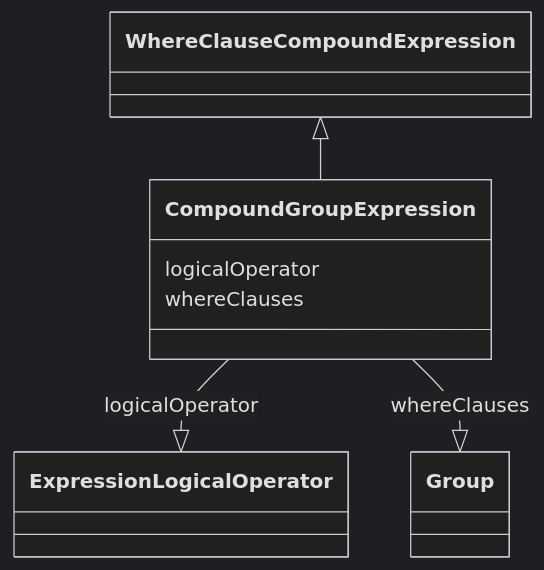
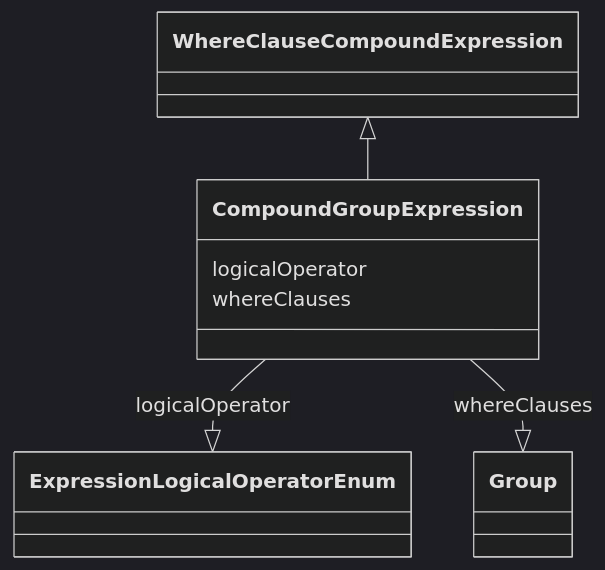
Before and after one commit to cdisc-org/analysis-results-standard: the diagram in project/docs/CompoundGroupExpression.md, drawn with Mermaid (dark theme). The commit also changed other lines of this file and 281 other files, not shown here.

````diff
--- a/project/docs/CompoundGroupExpression.md
+++ b/project/docs/CompoundGroupExpression.md
@@ -9,15 +9,15 @@
 ```mermaid
  classDiagram
     class CompoundGroupExpression
       WhereClauseCompoundExpression <|-- CompoundGroupExpression
       
       CompoundGroupExpression : logicalOperator
         
-          CompoundGroupExpression --|> ExpressionLogicalOperator : logicalOperator
+          CompoundGroupExpression --|> ExpressionLogicalOperatorEnum : logicalOperator
         
       CompoundGroupExpression : whereClauses
         
           CompoundGroupExpression --|> Group : whereClauses
         
       
 ```
````
